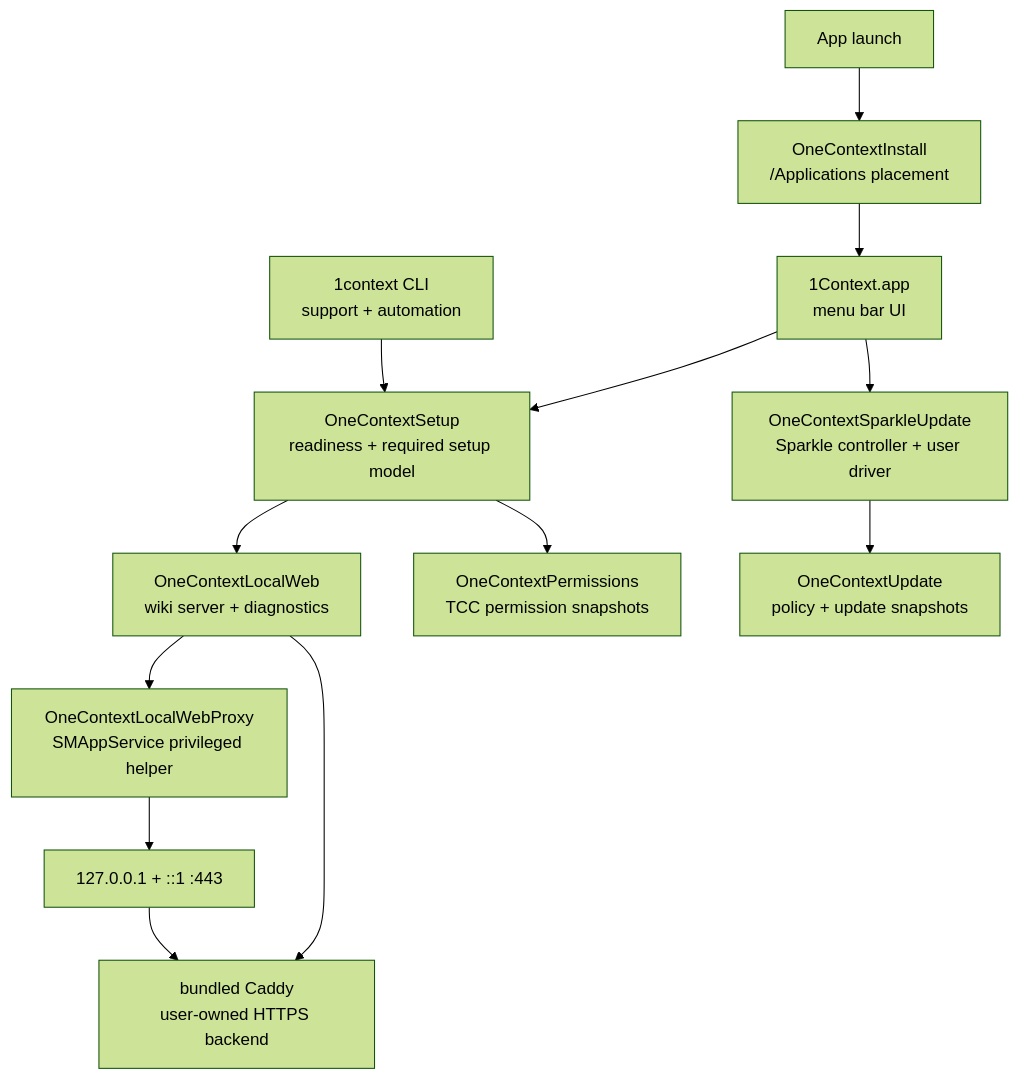
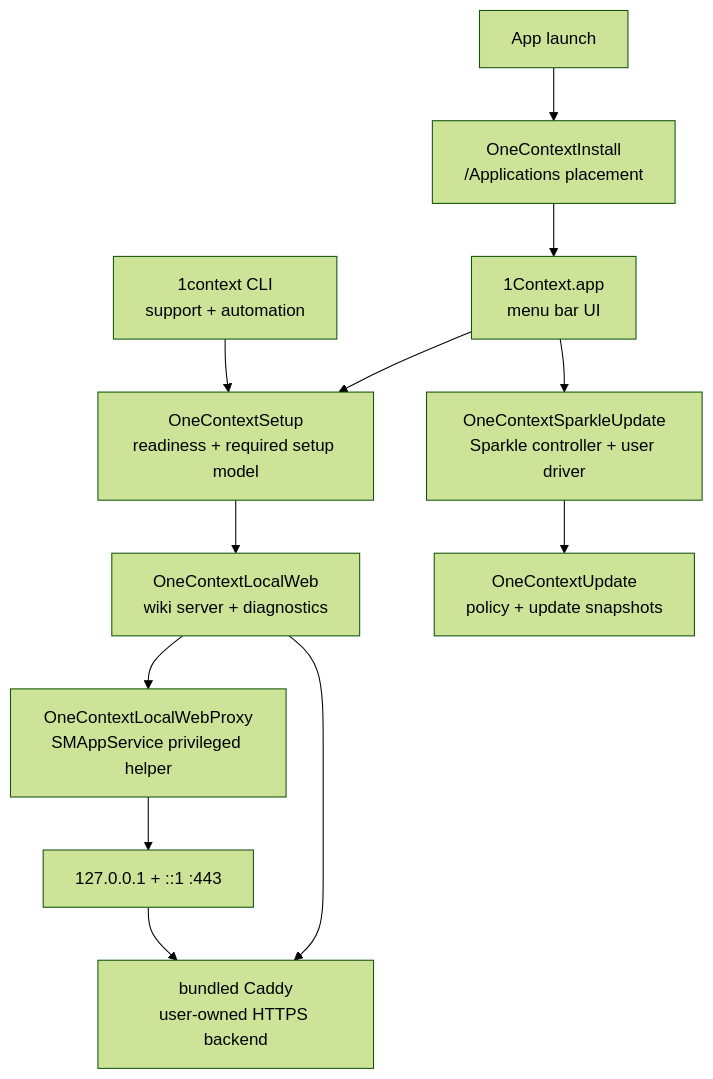
Before and after one commit to hapticasensorics/1context: the first of 2 diagrams in docs/macos-app-architecture.md, drawn with Mermaid (forest theme). The commit also changed other lines of this file and 116 other files, not shown here.

````diff
--- a/docs/macos-app-architecture.md
+++ b/docs/macos-app-architecture.md
@@ -7,15 +7,14 @@
 ```mermaid
 flowchart TD
   AppLaunch["App launch"] --> Install["OneContextInstall\n/Applications placement"]
   Install --> App["1Context.app\nmenu bar UI"]
   App["1Context.app\nmenu bar UI"] --> Setup["OneContextSetup\nreadiness + required setup model"]
   CLI["1context CLI\nsupport + automation"] --> Setup
   Setup --> LocalWeb["OneContextLocalWeb\nwiki server + diagnostics"]
-  Setup --> Permissions["OneContextPermissions\nTCC permission snapshots"]
   App --> SparkleUpdate["OneContextSparkleUpdate\nSparkle controller + user driver"]
   SparkleUpdate --> Update["OneContextUpdate\npolicy + update snapshots"]
   LocalWeb --> Caddy["bundled Caddy\nuser-owned HTTPS backend"]
   LocalWeb --> Proxy["OneContextLocalWebProxy\nSMAppService privileged helper"]
   Proxy --> Port443["127.0.0.1 + ::1 :443"]
   Port443 --> Caddy
 ```
````
